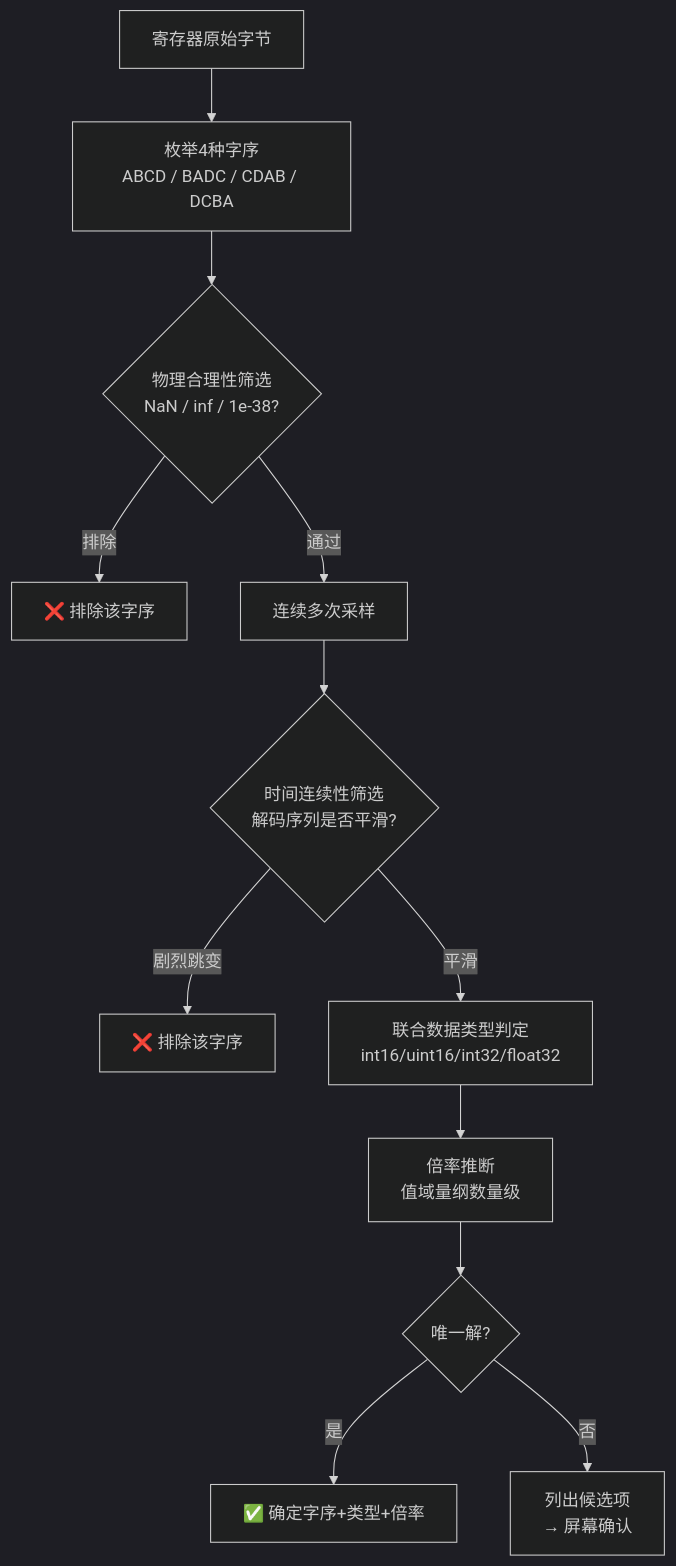
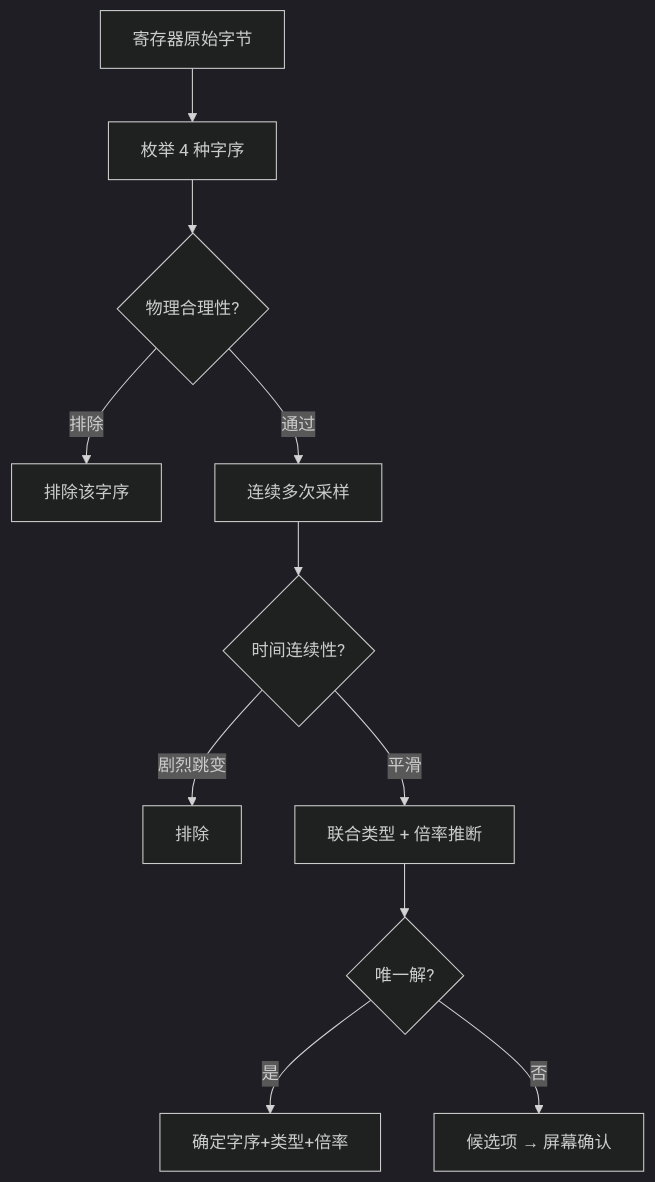
One commit to FoLeaf/contest2026_004_TeamFalcons changed the fifth of 11 diagrams in README.md. Above: the diagram before and after it, drawn with Mermaid (dark theme). The commit also changed other lines of this file and 337 other files, not shown here.

````diff
--- a/README.md
+++ b/README.md
@@ -167,14 +156,13 @@
 ```mermaid
 flowchart TD
-    A["寄存器原始字节"] --> B["枚举4种字序\nABCD / BADC / CDAB / DCBA"]
-    B --> C{"物理合理性筛选\nNaN / inf / 1e-38?"}
-    C -->|"排除"| X1["❌ 排除该字序"]
+    A["寄存器原始字节"] --> B["枚举 4 种字序"]
+    B --> C{"物理合理性?"}
+    C -->|"排除"| X1["排除该字序"]
     C -->|"通过"| D["连续多次采样"]
-    D --> E{"时间连续性筛选\n解码序列是否平滑?"}
-    E -->|"剧烈跳变"| X2["❌ 排除该字序"]
-    E -->|"平滑"| F["联合数据类型判定\nint16/uint16/int32/float32"]
-    F --> G["倍率推断\n值域量纲数量级"]
-    G --> H{唯一解?}
-    H -->|"是"| I["✅ 确定字序+类型+倍率"]
-    H -->|"否"| J["列出候选项\n→ 屏幕确认"]
+    D --> E{"时间连续性?"}
+    E -->|"剧烈跳变"| X2["排除"]
+    E -->|"平滑"| F["联合类型 + 倍率推断"]
+    F --> G{唯一解?}
+    G -->|"是"| I["确定字序+类型+倍率"]
+    G -->|"否"| J["候选项 → 屏幕确认"]
 ```
````
